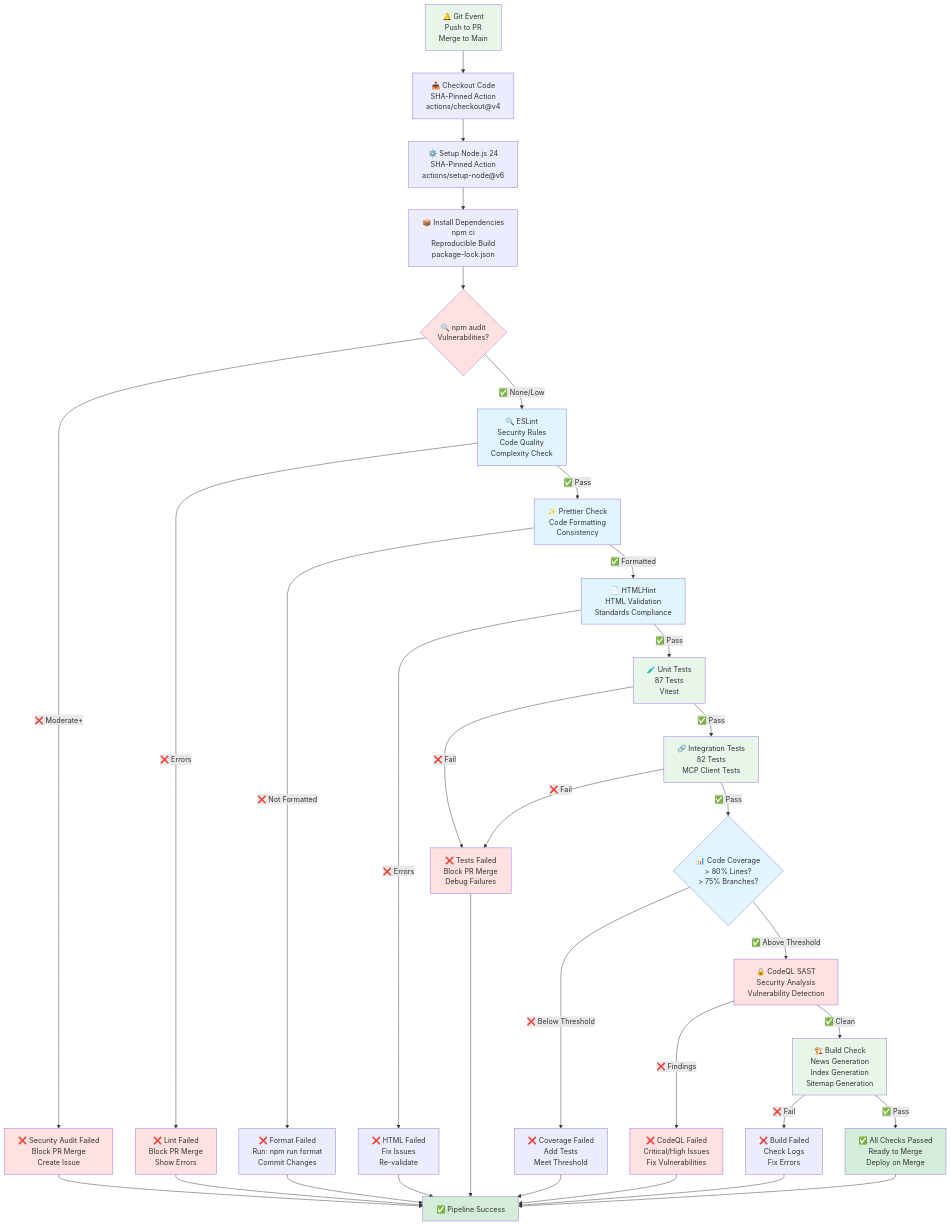
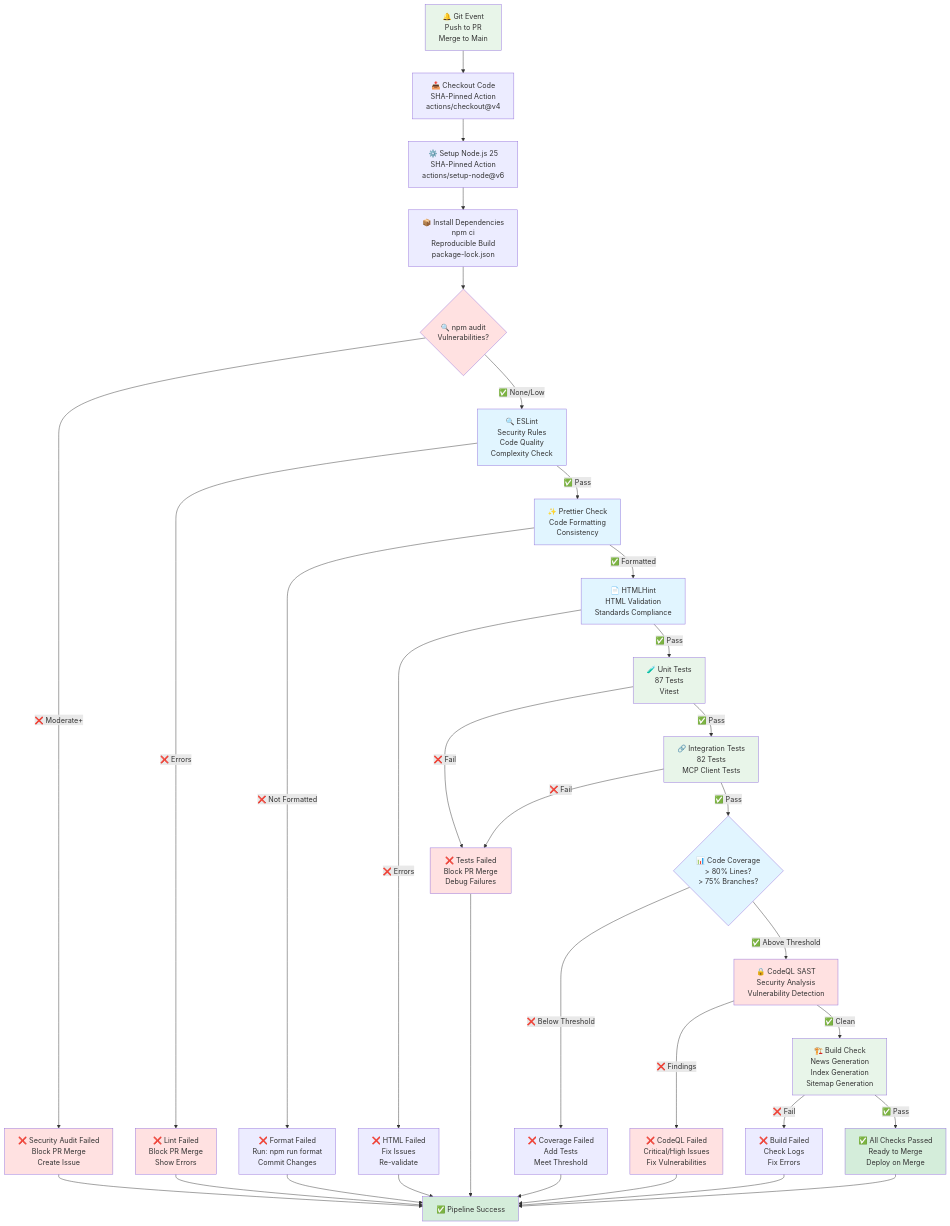
One commit to Hack23/euparliamentmonitor changed the third of 11 diagrams in FLOWCHART.md. Above: the diagram before and after it, drawn with Mermaid. The commit also changed other lines of this file and 50 other files, not shown here.

````diff
--- a/FLOWCHART.md
+++ b/FLOWCHART.md
@@ -247,64 +247,64 @@
 ```mermaid
 flowchart TD
     Trigger[🔔 Git Event<br/>Push to PR<br/>Merge to Main] --> Checkout[📥 Checkout Code<br/>SHA-Pinned Action<br/>actions/checkout@v4]
 
-    Checkout --> SetupNode[⚙️ Setup Node.js 24<br/>SHA-Pinned Action<br/>actions/setup-node@v6]
+    Checkout --> SetupNode[⚙️ Setup Node.js 25<br/>SHA-Pinned Action<br/>actions/setup-node@v6]
 
     SetupNode --> InstallDeps[📦 Install Dependencies<br/>npm ci<br/>Reproducible Build<br/>package-lock.json]
 
     InstallDeps --> SecurityAudit{🔍 npm audit<br/>Vulnerabilities?}
 
     SecurityAudit -->|❌ Moderate+| AuditFail[❌ Security Audit Failed<br/>Block PR Merge<br/>Create Issue]
     SecurityAudit -->|✅ None/Low| Lint[🔍 ESLint<br/>Security Rules<br/>Code Quality<br/>Complexity Check]
 
     Lint -->|❌ Errors| LintFail[❌ Lint Failed<br/>Block PR Merge<br/>Show Errors]
     Lint -->|✅ Pass| Format[✨ Prettier Check<br/>Code Formatting<br/>Consistency]
 
     Format -->|❌ Not Formatted| FormatFail[❌ Format Failed<br/>Run: npm run format<br/>Commit Changes]
     Format -->|✅ Formatted| HTMLHint[📄 HTMLHint<br/>HTML Validation<br/>Standards Compliance]
 
     HTMLHint -->|❌ Errors| HTMLFail[❌ HTML Failed<br/>Fix Issues<br/>Re-validate]
     HTMLHint -->|✅ Pass| UnitTests[🧪 Unit Tests<br/>87 Tests<br/>Vitest]
 
     UnitTests -->|❌ Fail| TestFail[❌ Tests Failed<br/>Block PR Merge<br/>Debug Failures]
     UnitTests -->|✅ Pass| IntegrationTests[🔗 Integration Tests<br/>82 Tests<br/>MCP Client Tests]
 
     IntegrationTests -->|❌ Fail| TestFail
     IntegrationTests -->|✅ Pass| Coverage{📊 Code Coverage<br/>&gt; 80% Lines?<br/>&gt; 75% Branches?}
 
     Coverage -->|❌ Below Threshold| CoverageFail[❌ Coverage Failed<br/>Add Tests<br/>Meet Threshold]
     Coverage -->|✅ Above Threshold| CodeQL[🔒 CodeQL SAST<br/>Security Analysis<br/>Vulnerability Detection]
 
     CodeQL -->|❌ Findings| CodeQLFail[❌ CodeQL Failed<br/>Critical/High Issues<br/>Fix Vulnerabilities]
     CodeQL -->|✅ Clean| BuildCheck[🏗️ Build Check<br/>News Generation<br/>Index Generation<br/>Sitemap Generation]
 
     BuildCheck -->|❌ Fail| BuildFail[❌ Build Failed<br/>Check Logs<br/>Fix Errors]
     BuildCheck -->|✅ Pass| Approve[✅ All Checks Passed<br/>Ready to Merge<br/>Deploy on Merge]
 
     AuditFail --> End[❌ Pipeline Failed]
     LintFail --> End
     FormatFail --> End
     HTMLFail --> End
     TestFail --> End
     CoverageFail --> End
     CodeQLFail --> End
     BuildFail --> End
     Approve --> End[✅ Pipeline Success]
 
     style Trigger fill:#e8f5e9
     style SecurityAudit fill:#ffe1e1
     style Lint fill:#e1f5ff
     style Format fill:#e1f5ff
     style HTMLHint fill:#e1f5ff
     style UnitTests fill:#e8f5e9
     style IntegrationTests fill:#e8f5e9
     style Coverage fill:#e1f5ff
     style CodeQL fill:#ffe1e1
     style BuildCheck fill:#e8f5e9
     style Approve fill:#d4edda
     style End fill:#d4edda
     style AuditFail fill:#ffe1e1
     style LintFail fill:#ffe1e1
     style TestFail fill:#ffe1e1
     style CodeQLFail fill:#ffe1e1
 ```
````
